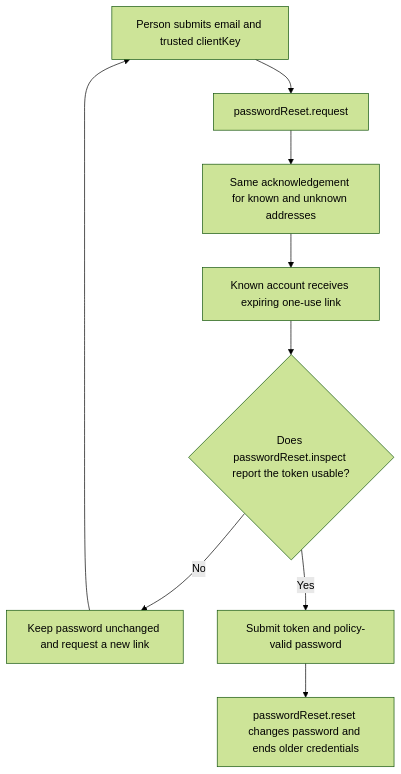
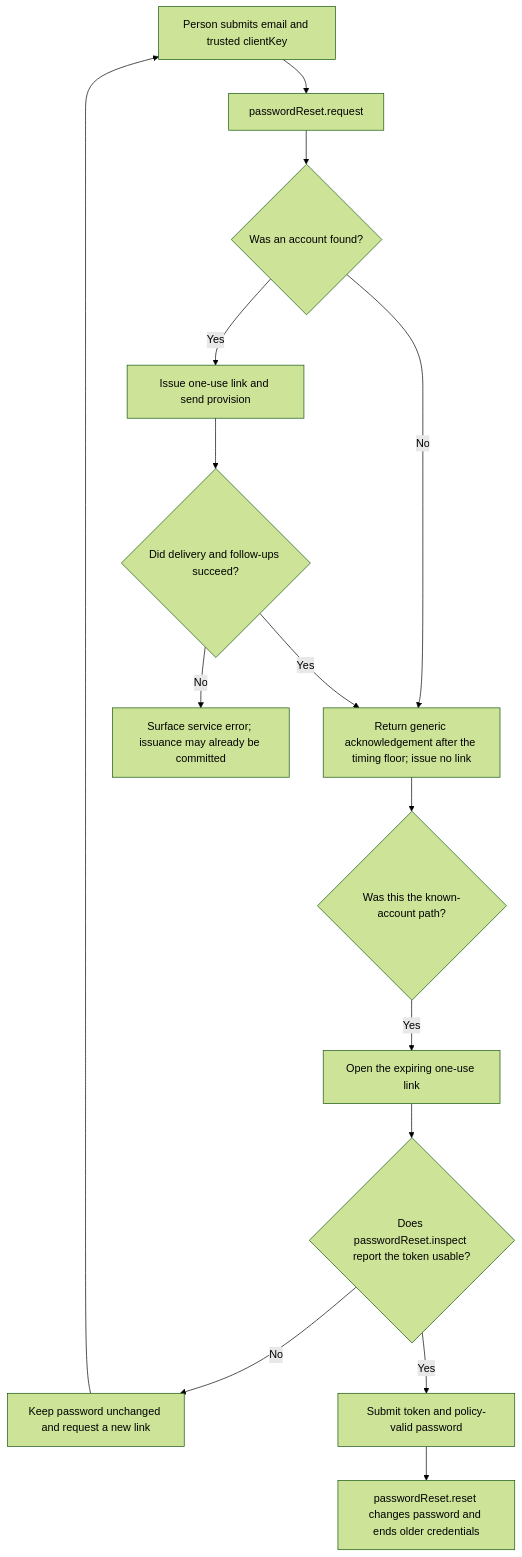
The first of 2 diagrams in user-stories/US-ACCOUNT-01-recover-password.md (Kevinjohn/oss-adonisjs-account-kit), drawn with Mermaid (forest theme) before and after one commit. The commit also changed other lines of this file and 3 other files, not shown here.

Commit message:
Correct Account Kit catalogue flow details

````diff
--- a/user-stories/US-ACCOUNT-01-recover-password.md
+++ b/user-stories/US-ACCOUNT-01-recover-password.md
@@ -20,11 +20,17 @@
 ```mermaid
 flowchart TD
  A["Person submits email and trusted clientKey"] --> B["passwordReset.request"]
- B --> C["Same acknowledgement for known and unknown addresses"]
- C --> D["Known account receives expiring one-use link"]
+ B --> C{"Was an account found?"}
+ C -->|No| ACK["Return generic acknowledgement after the timing floor; issue no link"]
+ C -->|Yes| ISSUE["Issue one-use link and send provision"]
+ ISSUE --> FOLLOW{"Did delivery and follow-ups succeed?"}
+ FOLLOW -->|Yes| ACK
+ FOLLOW -->|No| ERROR["Surface service error; issuance may already be committed"]
+ ACK --> RECIPIENT{"Was this the known-account path?"}
+ RECIPIENT -->|Yes| D["Open the expiring one-use link"]
  D --> E{"Does passwordReset.inspect report the token usable?"}
  E -->|No| F["Keep password unchanged and request a new link"]
  F --> A
  E -->|Yes| G["Submit token and policy-valid password"]
  G --> H["passwordReset.reset changes password and ends older credentials"]
 ```
````
